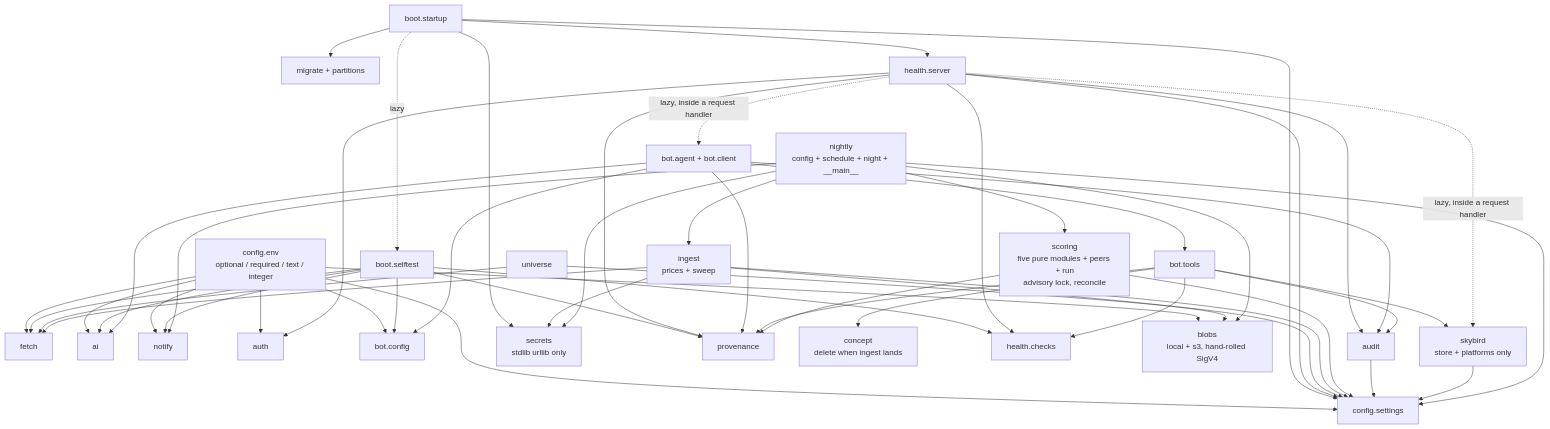
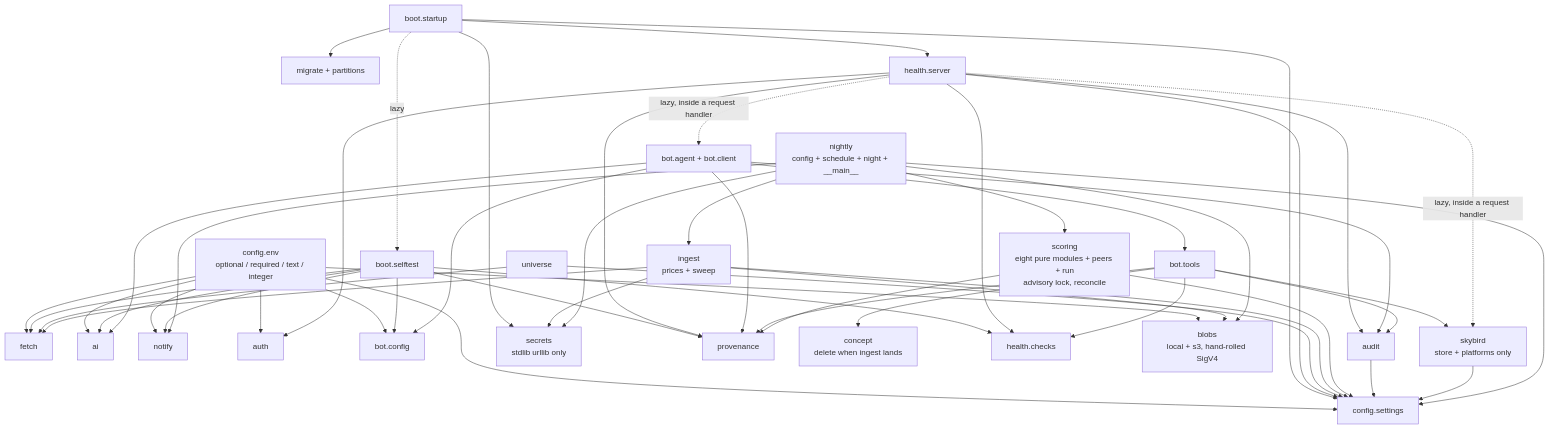
Before and after one commit to D1K03/stock-aggregator: the third of 14 diagrams in docs/architecture.md, drawn with Mermaid. The commit also changed other lines of this file and 2 other files, not shown here.

Commit message:
Bring stale documentation up to date with the v2 scoring run
PLAN.md's Status section named only the Momentum pillar; it now says
Momentum, Valuation and Quality under logic v2 and points at the spec.
docs/architecture.md's module count and pipeline description matched
v1: eight pure modules, not five, and a three-pillar run rather than
Momentum-only. CLAUDE.md's Status and scoring paragraphs had two lines
left short by an earlier edit; re-flowed to the surrounding width, and
the scoring bullet now names the stale-close rule beside the split one.

Claude-Session: https://claude.ai/code/session_013gLjzbLEB5uxQe7vcAHcp9

```diff
--- a/docs/architecture.md
+++ b/docs/architecture.md
@@ -243,7 +243,7 @@
     universe["universe"]
     blobs["blobs<br/>local + s3, hand-rolled SigV4"]
     ingest["ingest<br/>prices + sweep"]
-    scoring["scoring<br/>five pure modules + peers + run<br/>advisory lock, reconcile"]
+    scoring["scoring<br/>eight pure modules + peers + run<br/>advisory lock, reconcile"]
     skybird["skybird<br/>store + platforms only"]
     nightly["nightly<br/>config + schedule + night + __main__"]
 
```
